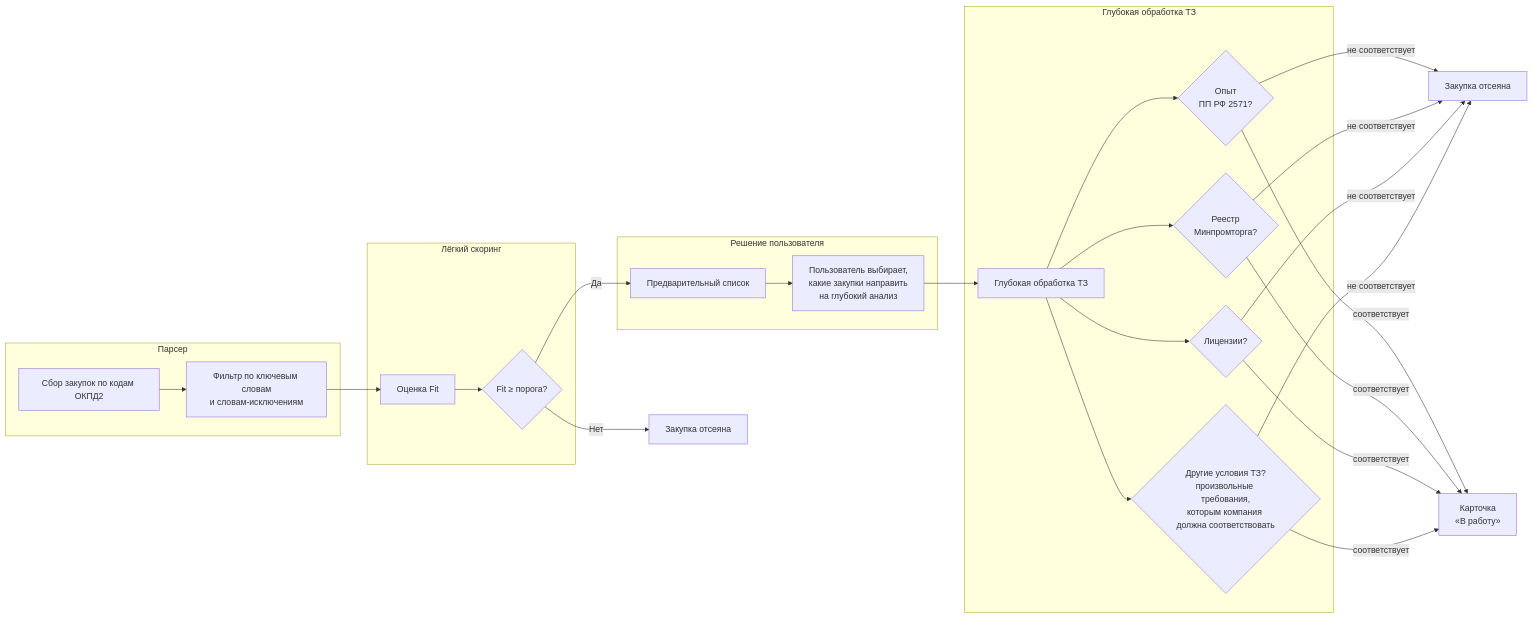
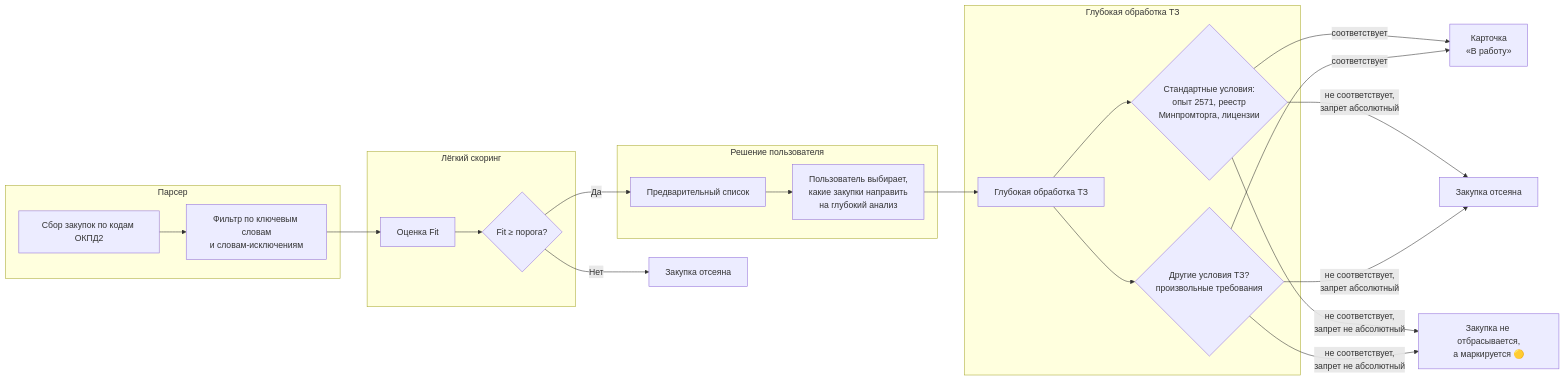
One commit to igorvolk1961/zakupki_parser changed the diagram in docs/system_analisys/03_System_Behavior/02_business_process_demo.md. Above: the diagram before and after it, drawn with Mermaid. The commit also changed other lines of this file, not shown here.

Commit message:
док: упрощение диаграммы бизнес-процесса — объединение стандартных условий, маркер 🟡 при неабсолютном запрете

````diff
--- a/docs/system_analisys/03_System_Behavior/02_business_process_demo.md
+++ b/docs/system_analisys/03_System_Behavior/02_business_process_demo.md
@@ -8,30 +8,26 @@
 ```mermaid
 flowchart LR
   subgraph P1[Парсер]
     A[Сбор закупок по кодам ОКПД2] --> B[Фильтр по ключевым словам<br>и словам-исключениям]
   end
   subgraph P2[Лёгкий скоринг]
     B --> C[Оценка Fit]
     C --> D{Fit ≥ порога?}
   end
   D -- Нет --> X1[Закупка отсеяна]
   D -- Да --> E[Предварительный список]
   subgraph P3[Решение пользователя]
     E --> F[Пользователь выбирает,<br>какие закупки направить<br>на глубокий анализ]
   end
   F --> G[Глубокая обработка ТЗ]
   subgraph P4[Глубокая обработка ТЗ]
-    G --> H{Опыт<br>ПП РФ 2571?}
-    G --> I{Реестр<br>Минпромторга?}
-    G --> J{Лицензии?}
-    G --> K{Другие условия ТЗ?<br>произвольные требования,<br>которым компания должна соответствовать}
+    G --> M{Стандартные условия:<br>опыт 2571, реестр<br>Минпромторга, лицензии}
+    G --> K{Другие условия ТЗ?<br>произвольные требования}
   end
-  H -- не соответствует --> X2[Закупка отсеяна]
-  I -- не соответствует --> X2
-  J -- не соответствует --> X2
-  K -- не соответствует --> X2
-  H -- соответствует --> L[Карточка<br>«В работу»]
-  I -- соответствует --> L
-  J -- соответствует --> L
+  M -- соответствует --> L[Карточка<br>«В работу»]
   K -- соответствует --> L
+  M -- не соответствует,<br>запрет абсолютный --> X2[Закупка отсеяна]
+  K -- не соответствует,<br>запрет абсолютный --> X2
+  M -- не соответствует,<br>запрет не абсолютный --> N[Закупка не отбрасывается,<br>а маркируется 🟡]
+  K -- не соответствует,<br>запрет не абсолютный --> N
 ```
````
